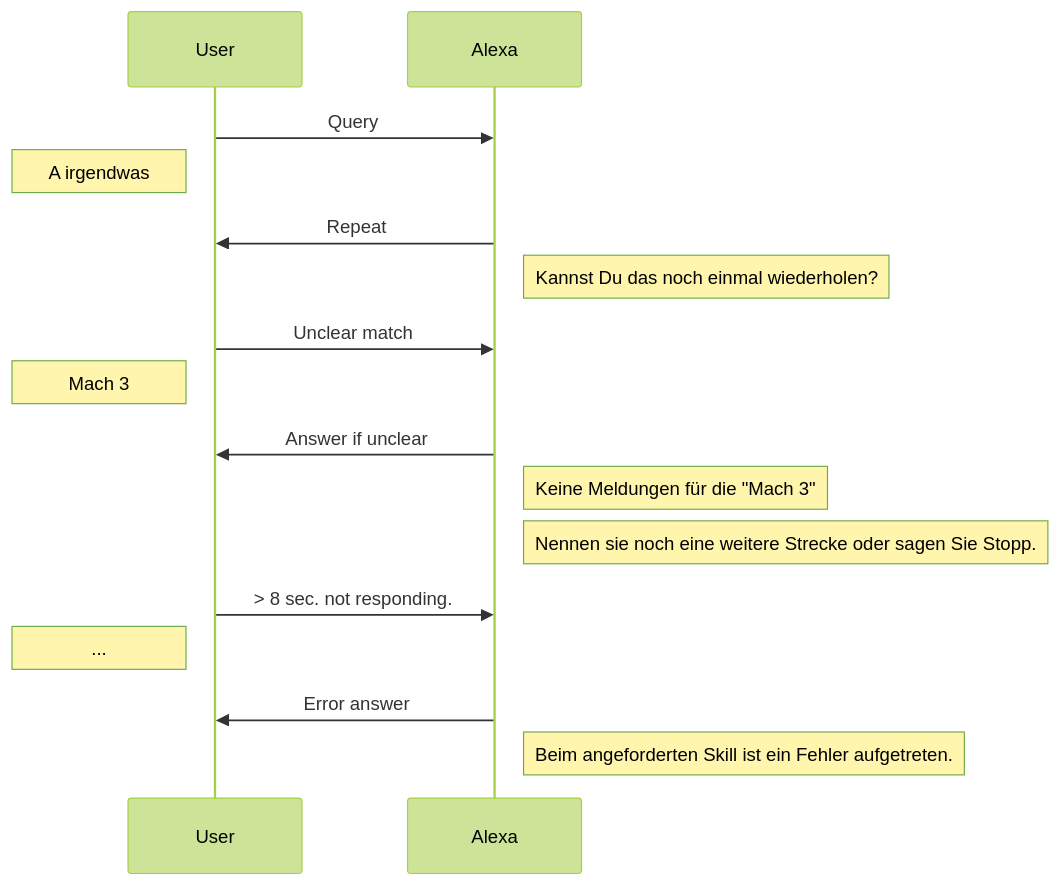
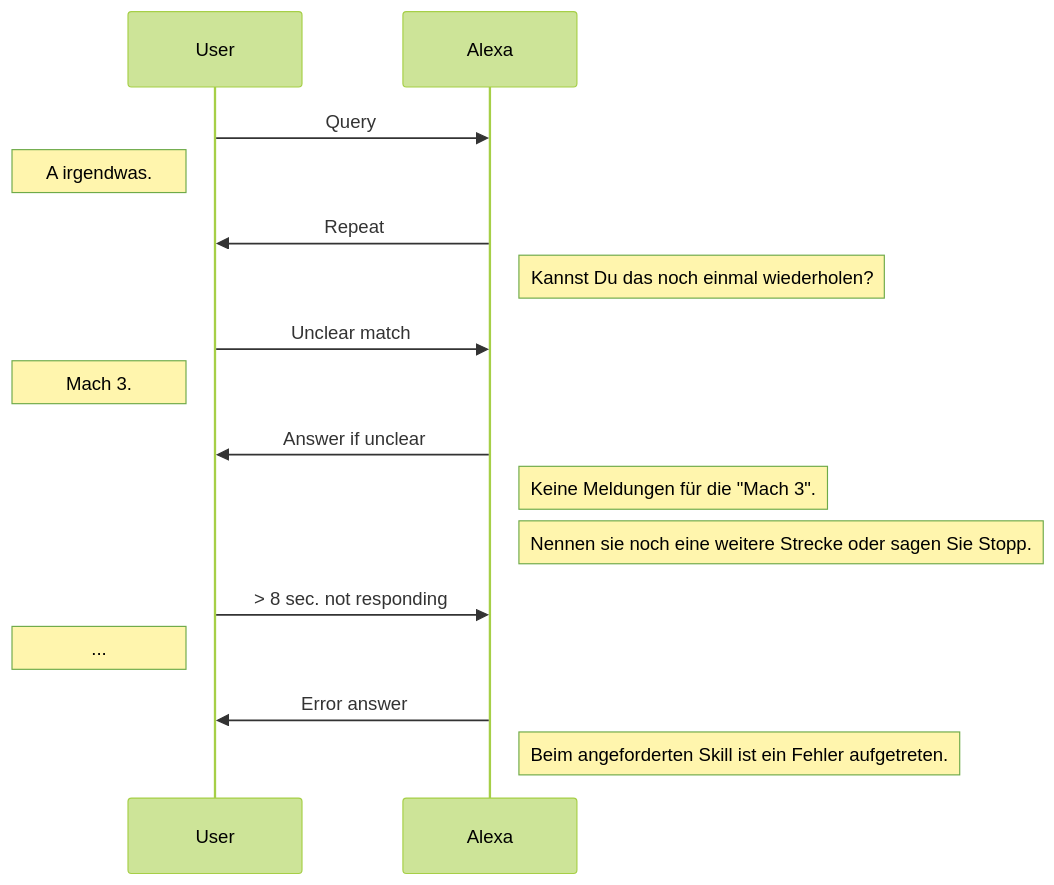
Before and after one commit to wdr-data/alexa-stauschau: the third of 3 diagrams in index.md, drawn with Mermaid (forest theme).

Commit message:
:bento: Fix typo

```diff
--- a/index.md
+++ b/index.md
@@ -46,16 +46,16 @@
 <div class="mermaid">
 sequenceDiagram
 User->> Alexa: Query
-Note left of User: A irgendwas
+Note left of User: A irgendwas.
 Alexa->>User: Repeat
 Note right of Alexa: Kannst Du das noch einmal wiederholen?
 User->> Alexa: Unclear match
-Note left of User: Mach 3
+Note left of User: Mach 3.
 Alexa->>User: Answer if unclear
-Note right of Alexa: Keine Meldungen für die "Mach 3"
+Note right of Alexa: Keine Meldungen für die "Mach 3".
 Note right of Alexa: Nennen sie noch eine weitere Strecke oder sagen Sie Stopp.
-User->>Alexa: > 8 sec. not responding.
+User->>Alexa: > 8 sec. not responding
 Note left of User: ...
 Alexa->>User: Error answer
 Note right of Alexa: Beim angeforderten Skill ist ein Fehler aufgetreten.
 </div>
```
